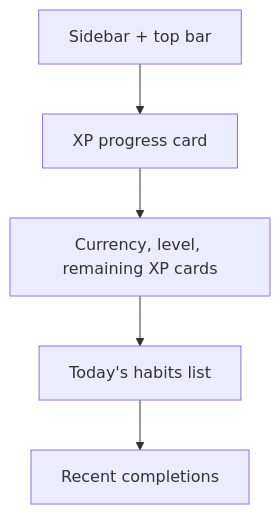
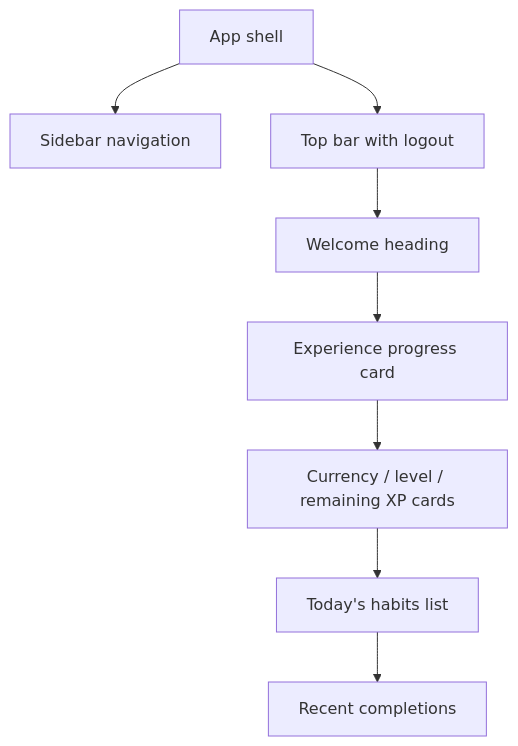
Before and after one commit to Promatheusz/habit-tracker: the second of 5 diagrams in docs/diagrams/gui-wireframes.md, drawn with Mermaid. The commit also changed other lines of this file and 29 other files, not shown here.

````diff
--- a/docs/diagrams/gui-wireframes.md
+++ b/docs/diagrams/gui-wireframes.md
@@ -21,13 +31,19 @@
 ```mermaid
 flowchart TB
-    nav["Sidebar + top bar"]
-    progress["XP progress card"]
-    stats["Currency, level, remaining XP cards"]
-    habits["Today's habits list"]
+    shell["App shell"]
+    sidebar["Sidebar navigation"]
+    topbar["Top bar with logout"]
+    heading["Welcome heading"]
+    xp["Experience progress card"]
+    stats["Currency / level / remaining XP cards"]
+    today["Today's habits list"]
     history["Recent completions"]
 
-    nav --> progress
-    progress --> stats
-    stats --> habits
-    habits --> history
+    shell --> sidebar
+    shell --> topbar
+    topbar --> heading
+    heading --> xp
+    xp --> stats
+    stats --> today
+    today --> history
 ```
````
